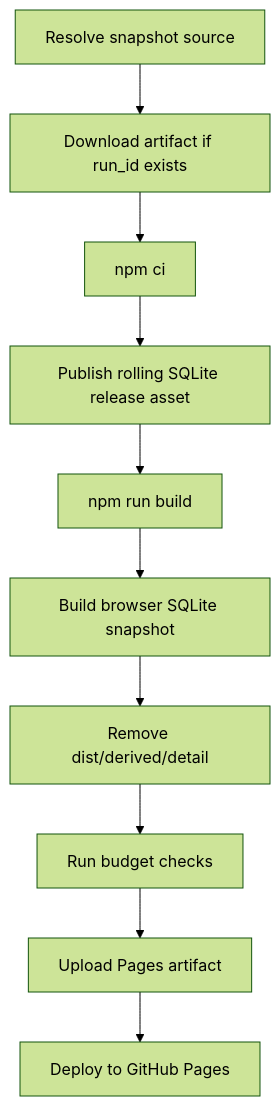
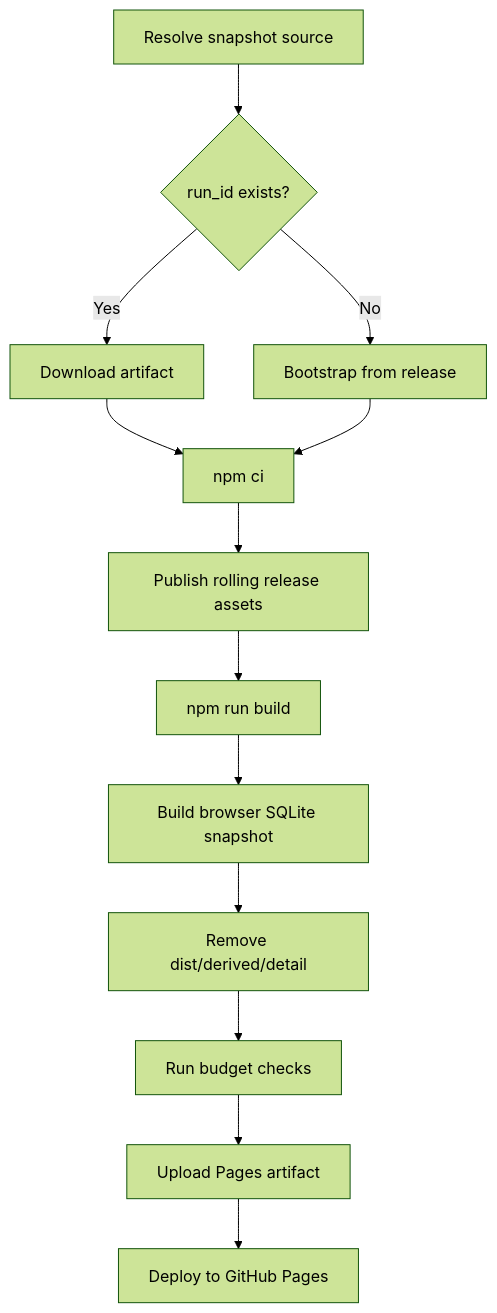
The second of 2 diagrams in docs/operations.md (tokuseiHagane/MyMikuGuide), drawn with Mermaid (forest theme) before and after one commit. The commit also changed other lines of this file and 5 other files, not shown here.

````diff
--- a/docs/operations.md
+++ b/docs/operations.md
@@ -73,12 +75,15 @@
 ```mermaid
 flowchart TD
-    A[Resolve snapshot source] --> B[Download artifact if run_id exists]
-    B --> C[npm ci]
-    C --> D[Publish rolling SQLite release asset]
-    D --> E[npm run build]
-    E --> F[Build browser SQLite snapshot]
-    F --> G[Remove dist/derived/detail]
-    G --> H[Run budget checks]
-    H --> I[Upload Pages artifact]
-    I --> J[Deploy to GitHub Pages]
+    A[Resolve snapshot source] --> B{run_id exists?}
+    B -->|Yes| C[Download artifact]
+    B -->|No| D[Bootstrap from release]
+    C --> E[npm ci]
+    D --> E
+    E --> F[Publish rolling release assets]
+    F --> G[npm run build]
+    G --> H[Build browser SQLite snapshot]
+    H --> I[Remove dist/derived/detail]
+    I --> J[Run budget checks]
+    J --> K[Upload Pages artifact]
+    K --> L[Deploy to GitHub Pages]
 ```
````
